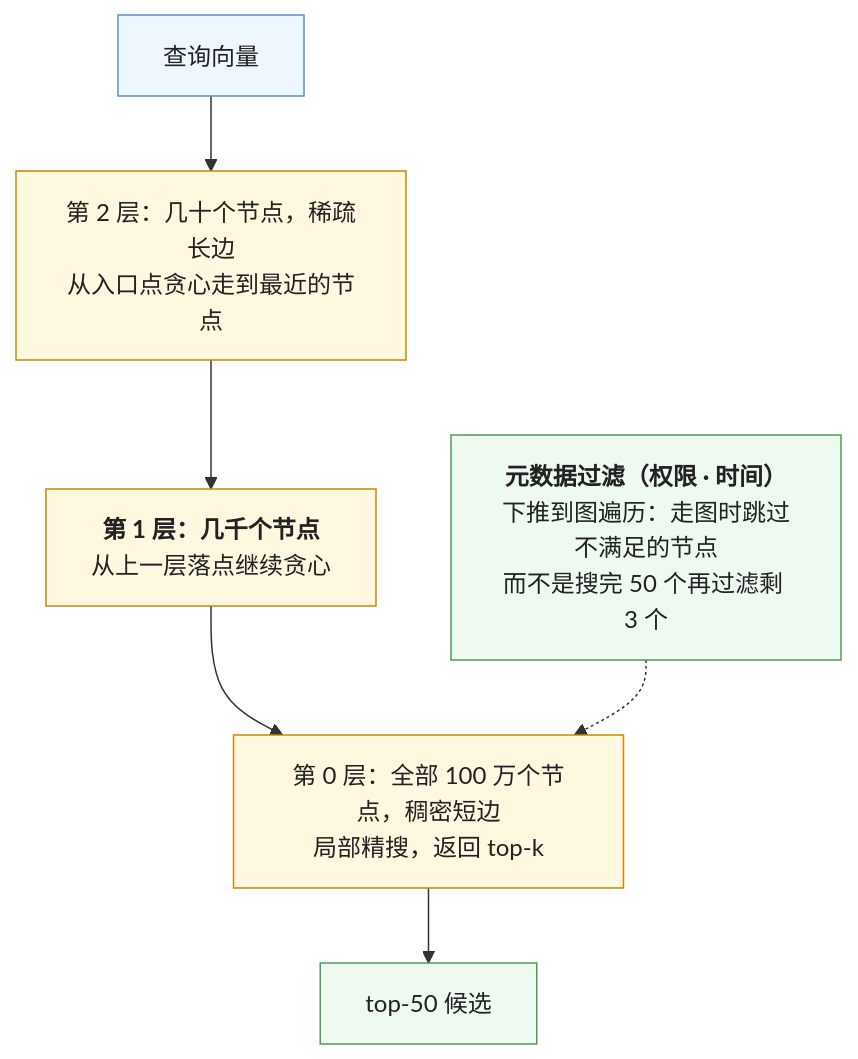
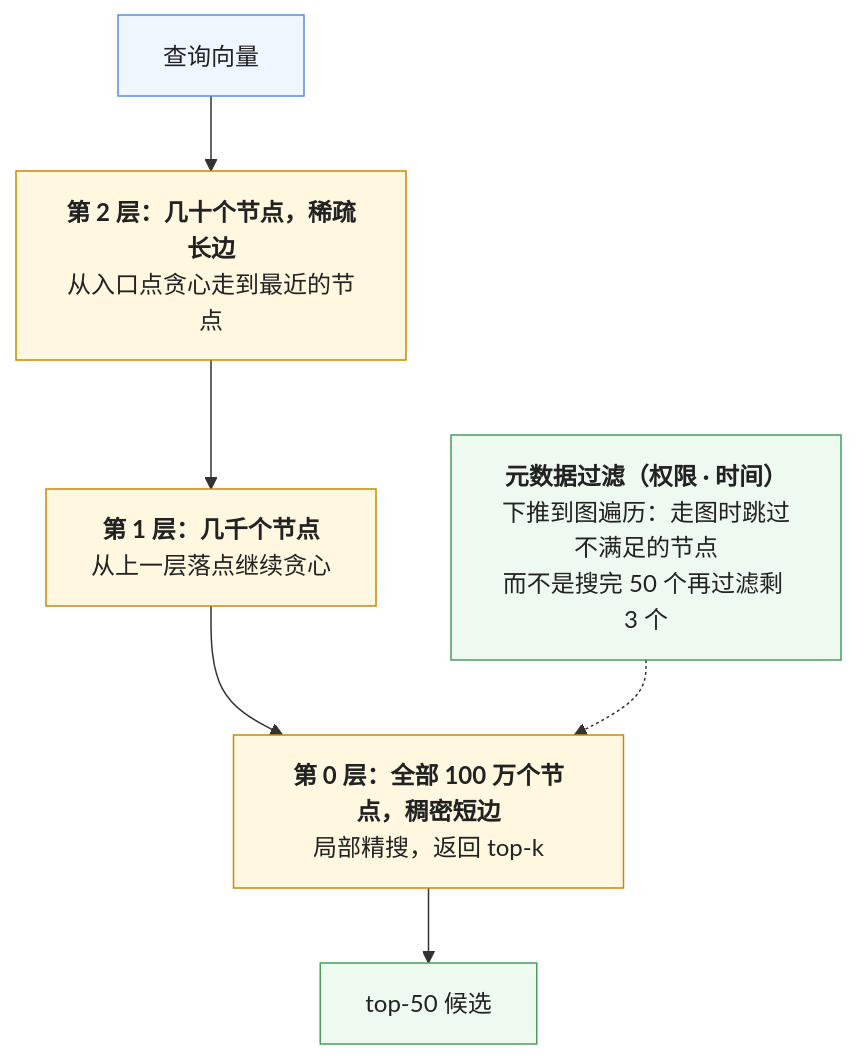
The fourth of 6 diagrams in _posts/2026-10-16-indexing-hybrid-search-and-reranking.md (arganzheng/arganzheng.github.com), drawn with Mermaid before and after one commit. The commit also changed other lines of this file and 9 other files, not shown here.

````diff
--- a/_posts/2026-10-16-indexing-hybrid-search-and-reranking.md
+++ b/_posts/2026-10-16-indexing-hybrid-search-and-reranking.md
@@ -130,15 +140,15 @@
 ```mermaid
 %% 图：HNSW 的多层图与贪心导航——上层稀疏、下层稠密，查询从顶层一个入口点开始，每层贪心走到离查询最近的节点再下一层，到底层做局部精搜；百万向量几次跳转就能到，代价是整张图驻留内存、构建慢
 flowchart TB
-    Q["查询向量"] --> L2["第 2 层：几十个节点，稀疏长边<br/>从入口点贪心走到最近的节点"]
+    Q["查询向量"] --> L2["<b>第 2 层：几十个节点，稀疏长边</b><br/>从入口点贪心走到最近的节点"]
     L2 --> L1["<b>第 1 层：几千个节点</b><br/>从上一层落点继续贪心"]
-    L1 --> L0["第 0 层：全部 100 万个节点，稠密短边<br/>局部精搜，返回 top-k"]
+    L1 --> L0["<b>第 0 层：全部 100 万个节点，稠密短边</b><br/>局部精搜，返回 top-k"]
     L0 --> R["top-50 候选"]
     F["<b>元数据过滤（权限 · 时间）</b><br/>下推到图遍历：走图时跳过不满足的节点<br/>而不是搜完 50 个再过滤剩 3 个"] -.-> L0
     classDef q fill:#eef6ff,stroke:#5b8fd6,color:#222
     classDef layer fill:#fff7e0,stroke:#c98a00,color:#222
     classDef ok fill:#eefaf0,stroke:#4d9a5c,color:#222
     class Q q
     class L2,L1,L0 layer
     class R,F ok
 ```
````
